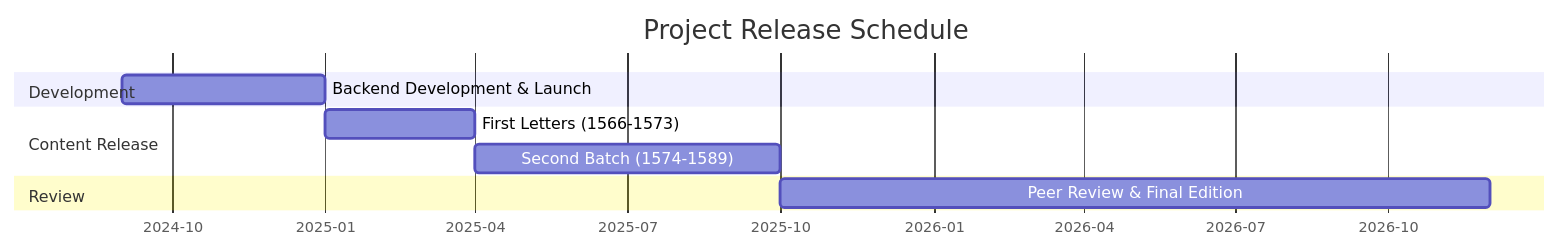
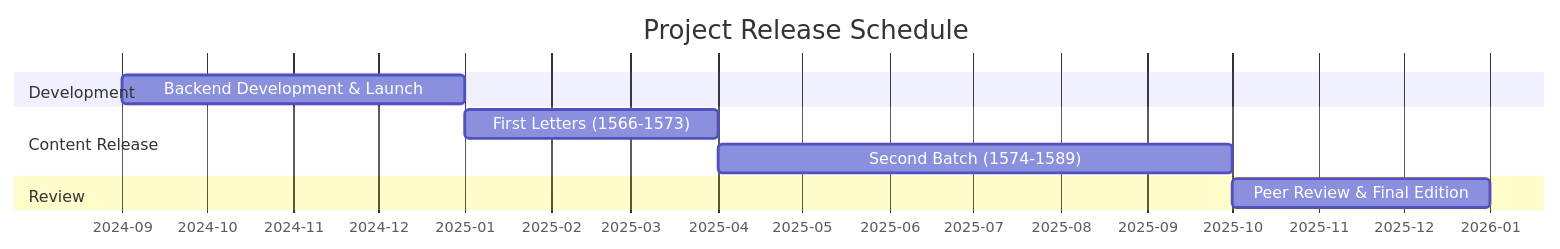
One commit to Pantagrueliste/CavrianaCorr changed the diagram in README.md. Above: the diagram before and after it, drawn with Mermaid.

````diff
--- a/README.md
+++ b/README.md
@@ -29,16 +29,16 @@
 ```mermaid
 gantt
     title Project Release Schedule
     dateFormat YYYY-MM
     axisFormat %Y-%m
     
     section Development
     Backend Development & Launch :2024-09, 2025-01
     
     section Content Release
     First Letters (1566-1573)    :2025-01, 2025-04
     Second Batch (1574-1589)     :2025-04, 2025-10
     
     section Review
-    Peer Review & Final Edition  :2025-10, 2026-12
+    Peer Review & Final Edition  :2025-10, 2026-01
 ```
````
